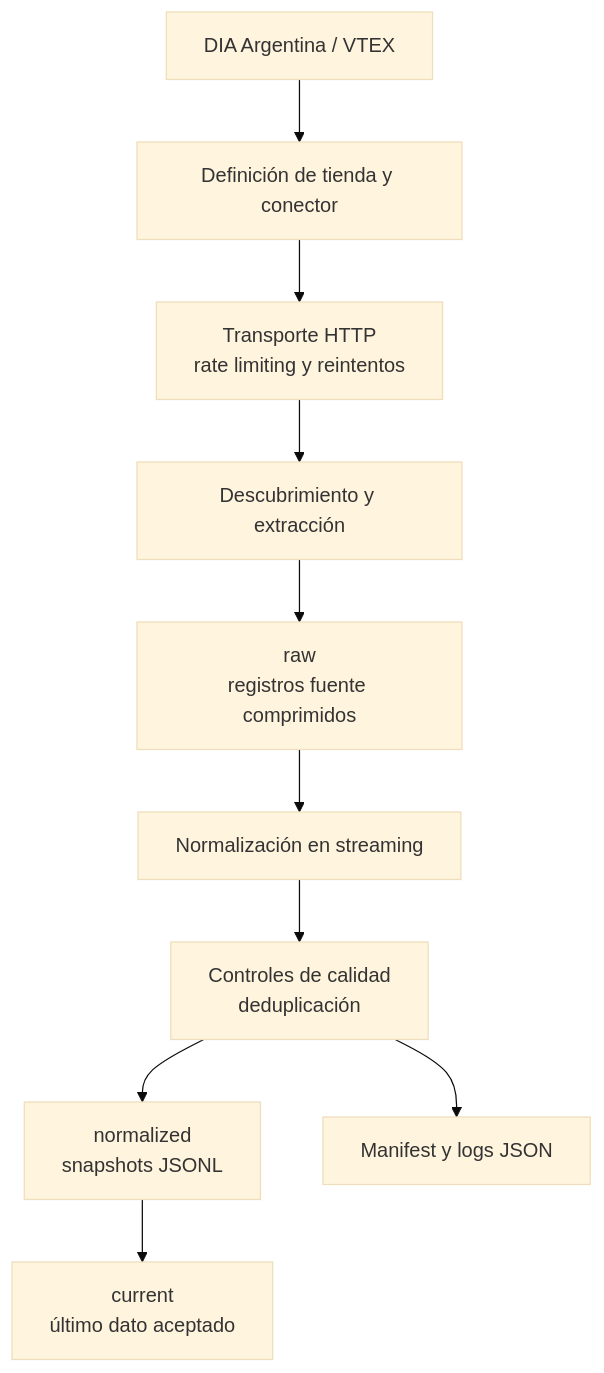
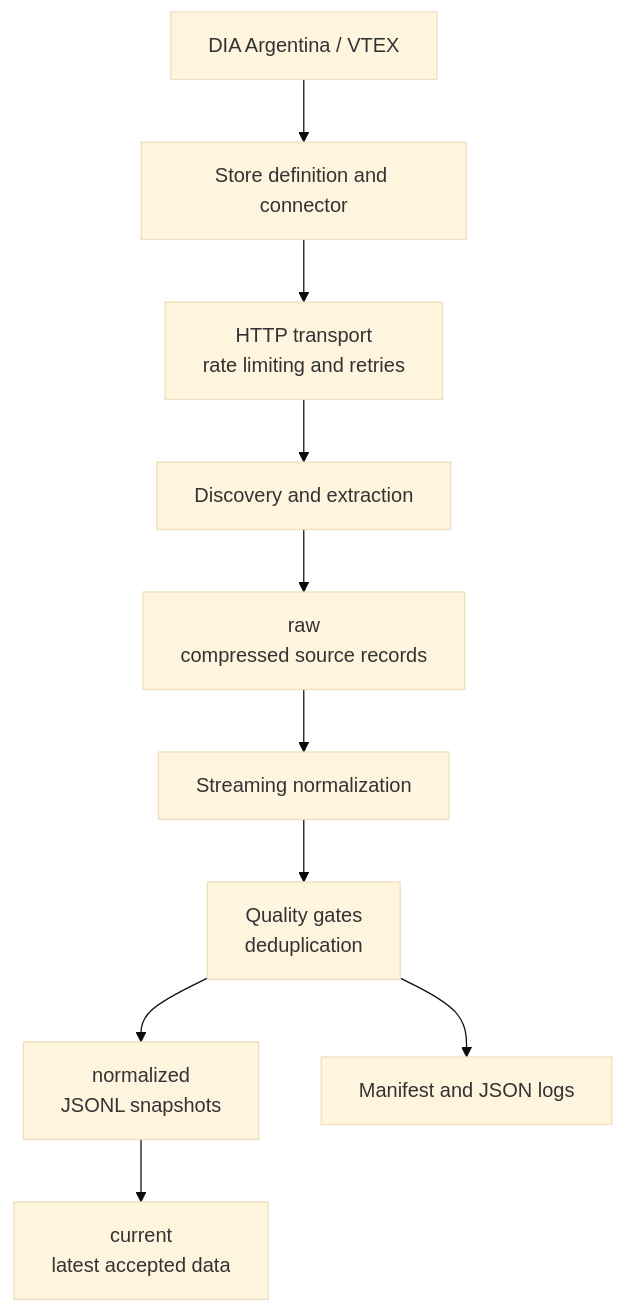
One commit to lugonesnicolas/ndevscrap changed the diagram in README.md. Above: the diagram before and after it, drawn with Mermaid (base theme). The commit also changed other lines of this file and 4 other files, not shown here.

````diff
--- a/README.md
+++ b/README.md
@@ -22,12 +24,12 @@
 ```mermaid
 flowchart TD
-    store[DIA Argentina / VTEX] --> connector[Definición de tienda y conector]
-    connector --> transport[Transporte HTTP<br/>rate limiting y reintentos]
-    transport --> extraction[Descubrimiento y extracción]
-    extraction --> raw[raw<br/>registros fuente comprimidos]
-    raw --> normalization[Normalización en streaming]
-    normalization --> quality[Controles de calidad<br/>deduplicación]
-    quality --> normalized[normalized<br/>snapshots JSONL]
-    normalized --> current[current<br/>último dato aceptado]
-    quality --> manifest[Manifest y logs JSON]
+    store[DIA Argentina / VTEX] --> connector[Store definition and connector]
+    connector --> transport[HTTP transport<br/>rate limiting and retries]
+    transport --> extraction[Discovery and extraction]
+    extraction --> raw[raw<br/>compressed source records]
+    raw --> normalization[Streaming normalization]
+    normalization --> quality[Quality gates<br/>deduplication]
+    quality --> normalized[normalized<br/>JSONL snapshots]
+    normalized --> current[current<br/>latest accepted data]
+    quality --> manifest[Manifest and JSON logs]
 ```
````
